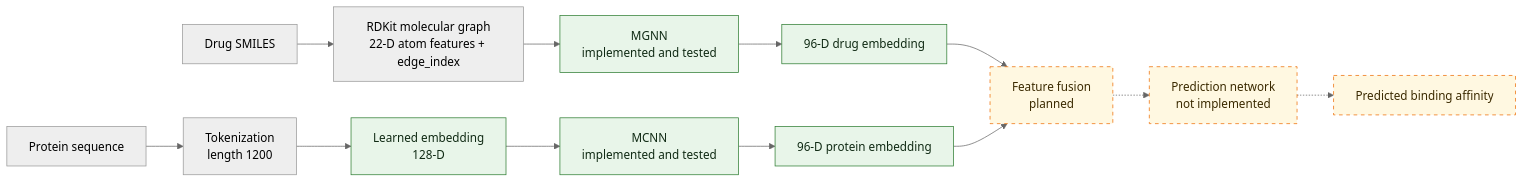
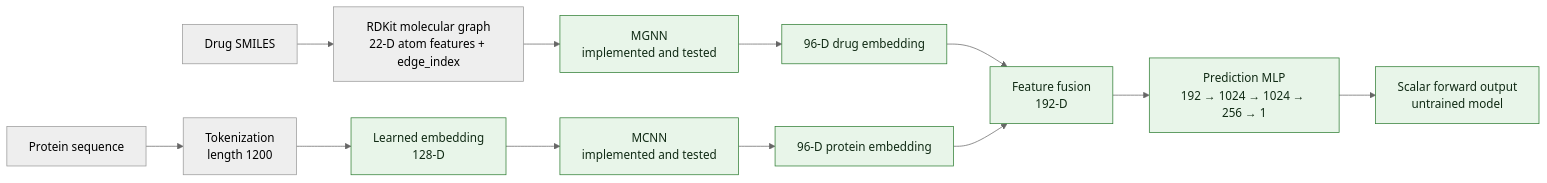
The diagram in README.md (Dksingh0001/MGraphDTA), drawn with Mermaid (neutral theme) before and after one commit. The commit also changed other lines of this file, not shown here.

````diff
--- a/README.md
+++ b/README.md
@@ -46,21 +46,20 @@
 ```mermaid
 flowchart LR
     D[Drug SMILES] --> G[RDKit molecular graph<br/>22-D atom features + edge_index]
     G --> MGNN[MGNN<br/>implemented and tested]
     MGNN --> GD[96-D drug embedding]
 
     P[Protein sequence] --> T[Tokenization<br/>length 1200]
     T --> E[Learned embedding<br/>128-D]
     E --> MCNN[MCNN<br/>implemented and tested]
     MCNN --> PD[96-D protein embedding]
 
-    GD --> F[Feature fusion<br/>planned]
+    GD --> F[Feature fusion<br/>192-D]
     PD --> F
-    F -.-> MLP[Prediction network<br/>not implemented]
-    MLP -.-> A[Predicted binding affinity]
+    F --> MLP[Prediction MLP<br/>192 → 1024 → 1024 → 256 → 1]
+    MLP --> A[Scalar forward output<br/>untrained model]
 
     classDef done fill:#e8f5e9,stroke:#2e7d32,color:#102a14;
     classDef planned fill:#fff8e1,stroke:#ed6c02,color:#3b2a00,stroke-dasharray:5 5;
-    class MGNN,GD,E,MCNN,PD done;
-    class F,MLP,A planned;
+    class MGNN,GD,E,MCNN,PD,F,MLP,A done;
 ```
````
